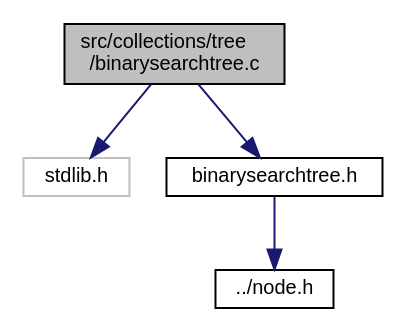
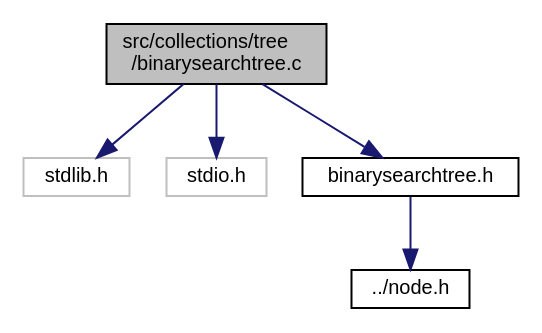
One commit to N1ghtF1re/C-Collections changed the diagram in docs/docspages/binarysearchtree_8c__incl.dot. Above: the diagram before and after it, drawn with Graphviz. The commit also changed 13 other files, not shown here.

```diff
--- a/docs/docspages/binarysearchtree_8c__incl.dot
+++ b/docs/docspages/binarysearchtree_8c__incl.dot
@@ -1,12 +1,14 @@
 digraph "src/collections/tree/binarysearchtree.c"
 {
   edge [fontname="Helvetica",fontsize="10",labelfontname="Helvetica",labelfontsize="10"];
   node [fontname="Helvetica",fontsize="10",shape=record];
   Node0 [label="src/collections/tree\l/binarysearchtree.c",height=0.2,width=0.4,color="black", fillcolor="grey75", style="filled", fontcolor="black"];
   Node0 -> Node1 [color="midnightblue",fontsize="10",style="solid",fontname="Helvetica"];
   Node1 [label="stdlib.h",height=0.2,width=0.4,color="grey75", fillcolor="white", style="filled"];
   Node0 -> Node2 [color="midnightblue",fontsize="10",style="solid",fontname="Helvetica"];
-  Node2 [label="binarysearchtree.h",height=0.2,width=0.4,color="black", fillcolor="white", style="filled",URL="$binarysearchtree_8h.html",tooltip="File containing interface of Binary Search Tree. "];
-  Node2 -> Node3 [color="midnightblue",fontsize="10",style="solid",fontname="Helvetica"];
-  Node3 [label="../node.h",height=0.2,width=0.4,color="black", fillcolor="white", style="filled",URL="$node_8h.html"];
+  Node2 [label="stdio.h",height=0.2,width=0.4,color="grey75", fillcolor="white", style="filled"];
+  Node0 -> Node3 [color="midnightblue",fontsize="10",style="solid",fontname="Helvetica"];
+  Node3 [label="binarysearchtree.h",height=0.2,width=0.4,color="black", fillcolor="white", style="filled",URL="$binarysearchtree_8h.html",tooltip="File containing interface of Binary Search Tree. "];
+  Node3 -> Node4 [color="midnightblue",fontsize="10",style="solid",fontname="Helvetica"];
+  Node4 [label="../node.h",height=0.2,width=0.4,color="black", fillcolor="white", style="filled",URL="$node_8h.html"];
 }
```
